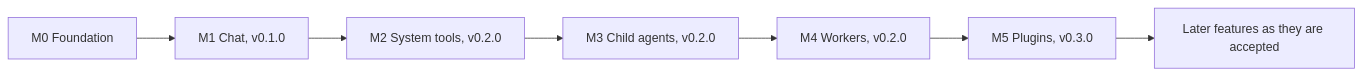
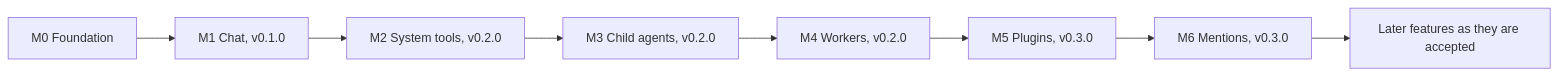
Before and after one commit to limbon2/mannie: the diagram in docs/roadmap/milestones.md, drawn with Mermaid. The commit also changed other lines of this file and 112 other files, not shown here.

````diff
--- a/docs/roadmap/milestones.md
+++ b/docs/roadmap/milestones.md
@@ -28,9 +29,10 @@
 ```mermaid
 flowchart LR
   M0[M0 Foundation] --> M1[M1 Chat, v0.1.0]
   M1 --> M2[M2 System tools, v0.2.0]
   M2 --> M3[M3 Child agents, v0.2.0]
   M3 --> M4[M4 Workers, v0.2.0]
   M4 --> M5[M5 Plugins, v0.3.0]
-  M5 --> Later[Later features as they are accepted]
+  M5 --> M6[M6 Mentions, v0.3.0]
+  M6 --> Later[Later features as they are accepted]
 ```
````
